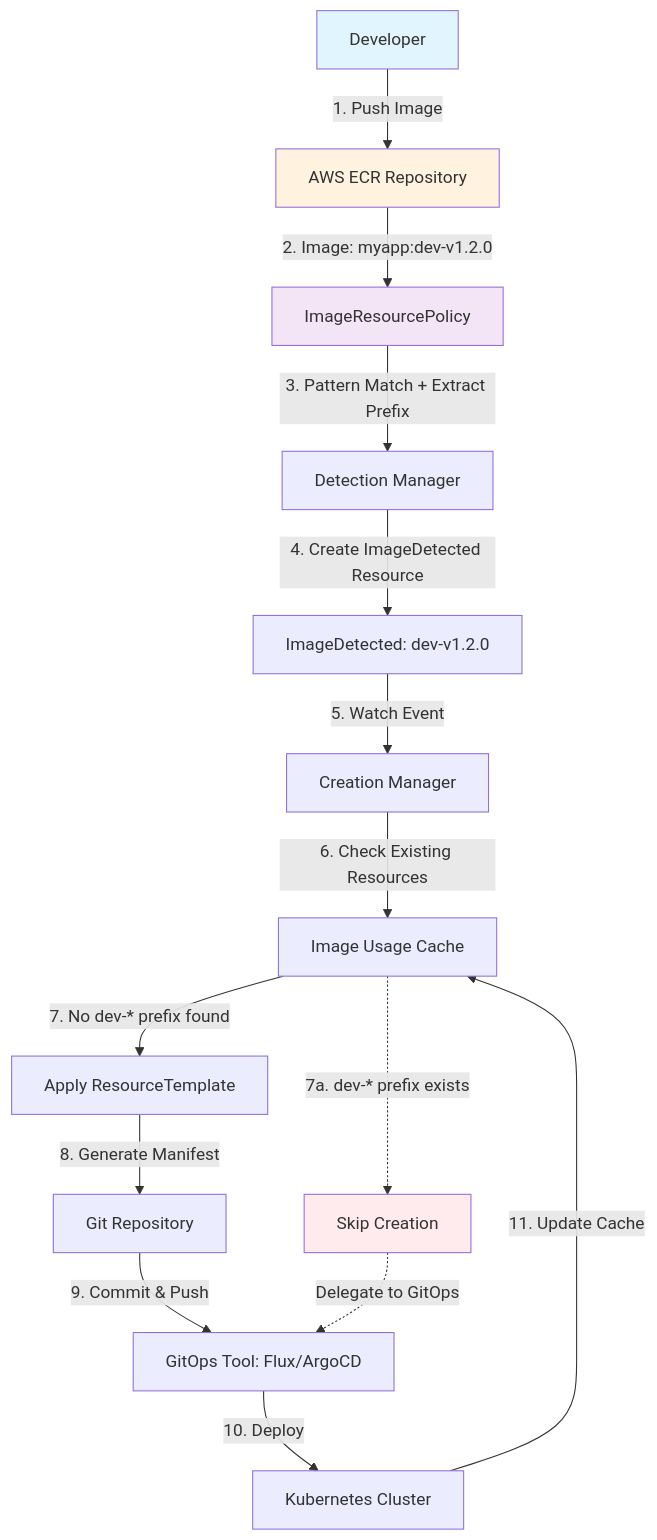
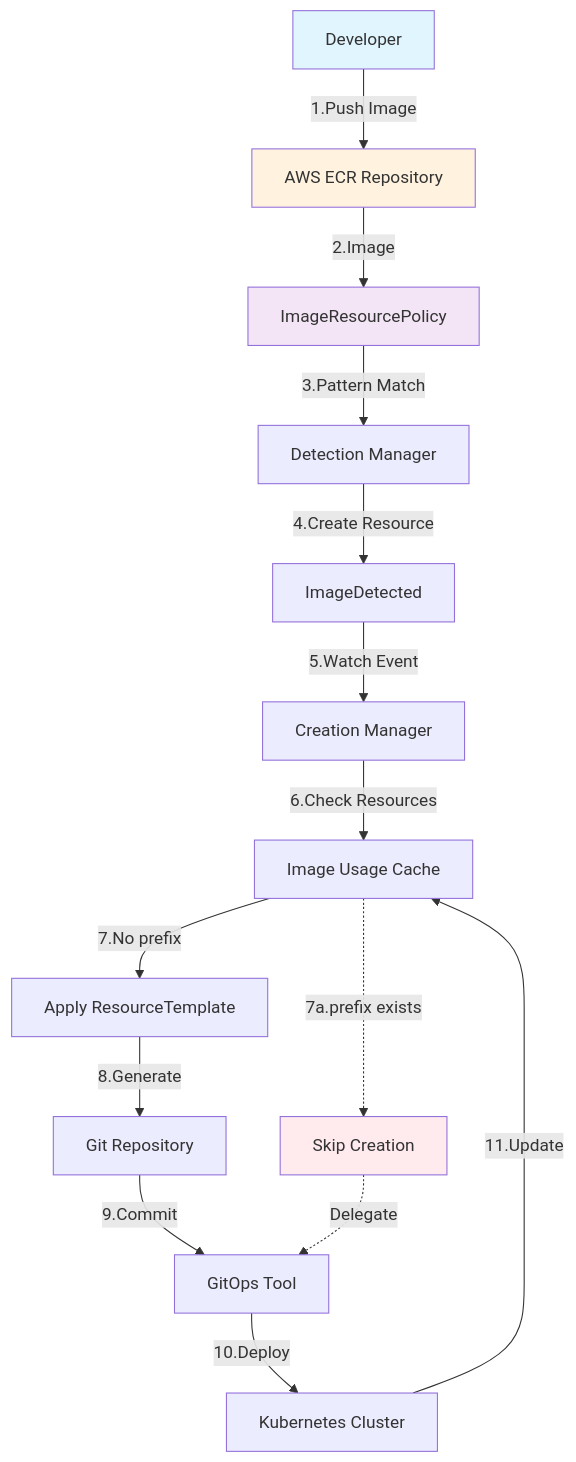
Before and after one commit to S-mishina/image-resource-controller: the second of 4 diagrams in README.md, drawn with Mermaid.

Commit message:
feat: Refine user flow diagram in README for improved clarity on image processing steps and resource creation

````diff
--- a/README.md
+++ b/README.md
@@ -49,27 +49,26 @@
 ```mermaid
 graph TD
-    DEV[Developer] -->|1. Push Image| ECR[AWS ECR Repository]
-    ECR -->|2. Image: myapp:dev-v1.2.0| POLICY[ImageResourcePolicy]
+    DEV[Developer] -->|1.Push Image| ECR[AWS ECR Repository]
+    ECR -->|2.Image| POLICY[ImageResourcePolicy]
     
-    POLICY -->|3. Pattern Match + Extract Prefix| DETECT[Detection Manager]
-    DETECT -->|4. Create ImageDetected Resource| ID[ImageDetected: dev-v1.2.0]
+    POLICY -->|3.Pattern Match| DETECT[Detection Manager]
+    DETECT -->|4.Create Resource| ID[ImageDetected]
     
-    ID -->|5. Watch Event| CREATE[Creation Manager]
-    CREATE -->|6. Check Existing Resources| CACHE[Image Usage Cache]
+    ID -->|5.Watch Event| CREATE[Creation Manager]
+    CREATE -->|6.Check Resources| CACHE[Image Usage Cache]
     
-    CACHE -->|7. No dev-* prefix found| TEMPLATE[Apply ResourceTemplate]
-    TEMPLATE -->|8. Generate Manifest| GIT[Git Repository]
-    GIT -->|9. Commit & Push| GITOPS[GitOps Tool: Flux/ArgoCD]
+    CACHE -->|7.No prefix| TEMPLATE[Apply ResourceTemplate]
+    TEMPLATE -->|8.Generate| GIT[Git Repository]
+    GIT -->|9.Commit| GITOPS[GitOps Tool]
     
-    GITOPS -->|10. Deploy| K8S[Kubernetes Cluster]
-    K8S -->|11. Update Cache| CACHE
+    GITOPS -->|10.Deploy| K8S[Kubernetes Cluster]
+    K8S -->|11.Update| CACHE
     
-    %% Alternative flow for existing images
-    CACHE -.->|7a. dev-* prefix exists| SKIP[Skip Creation]
-    SKIP -.->|Delegate to GitOps| GITOPS
+    CACHE -.->|7a.prefix exists| SKIP[Skip Creation]
+    SKIP -.->|Delegate| GITOPS
     
     style DEV fill:#e1f5fe
     style ECR fill:#fff3e0
     style POLICY fill:#f3e5f5
     style SKIP fill:#ffebee
 ```
````
